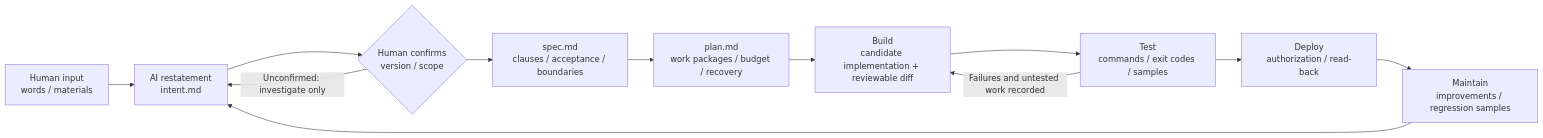
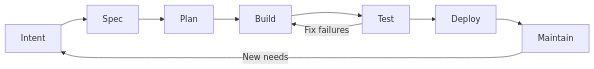
The second of 2 diagrams in README.en.md (8778fkv694-hub/pre-flight), drawn with Mermaid before and after one commit. The commit also changed other lines of this file, not shown here.

Commit message:
docs: rewrite README with focused explanatory diagrams and evidence

````diff
--- a/README.en.md
+++ b/README.en.md
@@ -71,14 +45,6 @@
 ```mermaid
 flowchart LR
-  A["Human input<br/>words / materials"] --> B["AI restatement<br/>intent.md"]
-  B --> C{"Human confirms<br/>version / scope"}
-  C -->|"Unconfirmed: investigate only"| B
-  C --> D["spec.md<br/>clauses / acceptance / boundaries"]
-  D --> E["plan.md<br/>work packages / budget / recovery"]
-  E --> F["Build<br/>candidate implementation + reviewable diff"]
-  F --> G["Test<br/>commands / exit codes / samples"]
-  G -->|"Failures and untested work recorded"| F
-  G --> H["Deploy<br/>authorization / read-back"]
-  H --> I["Maintain<br/>improvements / regression samples"]
-  I --> B
+  I["Intent"] --> S["Spec"] --> P["Plan"] --> B["Build"] --> T["Test"] --> D["Deploy"] --> M["Maintain"]
+  T -->|Fix failures| B
+  M -->|New needs| I
 ```
````
